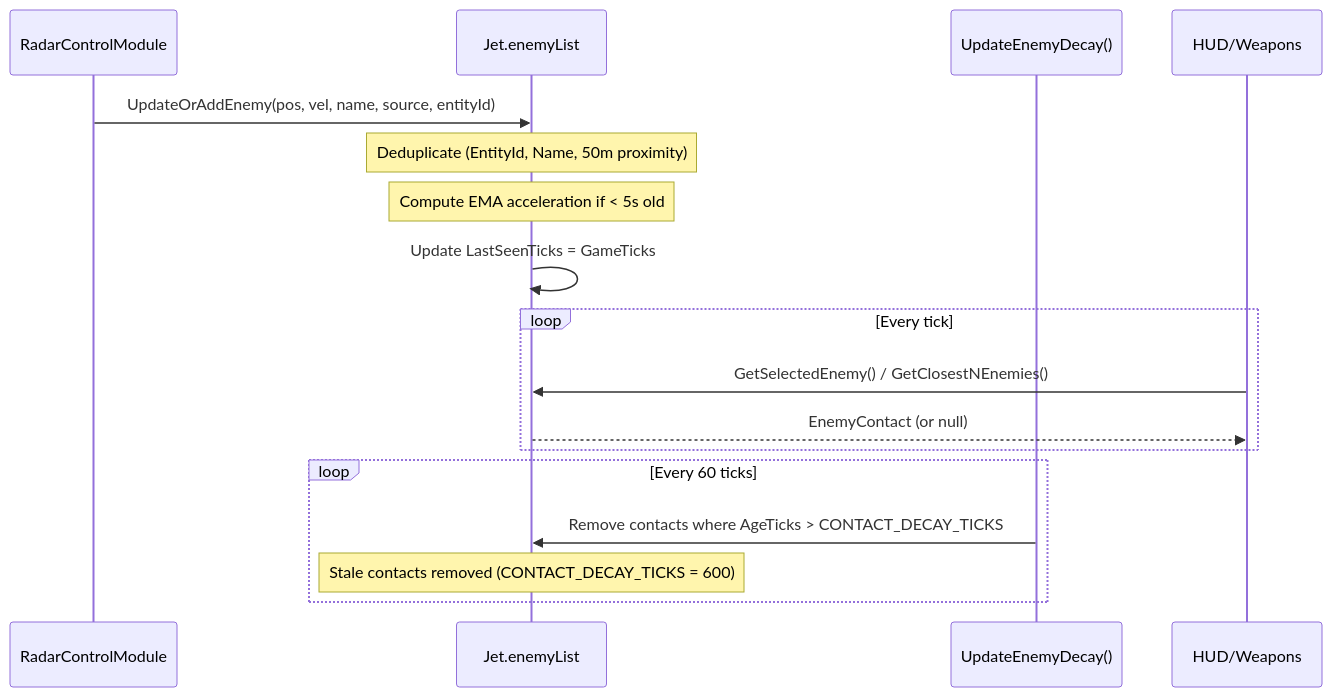
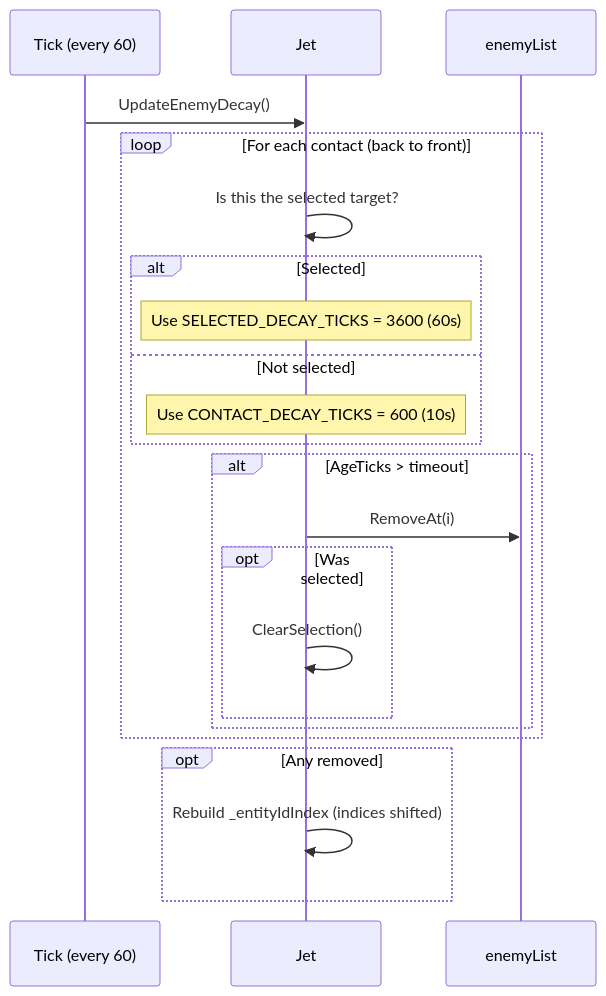
Before and after one commit to Terilia/JetOS: the third of 7 diagrams in docs/target-tracking.md, drawn with Mermaid. The commit also changed other lines of this file and 23 other files, not shown here.

````diff
--- a/docs/target-tracking.md
+++ b/docs/target-tracking.md
@@ -84,22 +128,25 @@
 ```mermaid
 sequenceDiagram
-    participant Sensor as RadarControlModule
-    participant Jet as Jet.enemyList
-    participant Decay as UpdateEnemyDecay()
-    participant Consumer as HUD/Weapons
+    participant T as Tick (every 60)
+    participant J as Jet
+    participant L as enemyList
 
-    Sensor->>Jet: UpdateOrAddEnemy(pos, vel, name, source, entityId)
-    Note over Jet: Deduplicate (EntityId, Name, 50m proximity)
-    Note over Jet: Compute EMA acceleration if < 5s old
-    Jet->>Jet: Update LastSeenTicks = GameTicks
-
-    loop Every tick
-        Consumer->>Jet: GetSelectedEnemy() / GetClosestNEnemies()
-        Jet-->>Consumer: EnemyContact (or null)
+    T->>J: UpdateEnemyDecay()
+    loop For each contact (back to front)
+        J->>J: Is this the selected target?
+        alt Selected
+            Note over J: Use SELECTED_DECAY_TICKS = 3600 (60s)
+        else Not selected
+            Note over J: Use CONTACT_DECAY_TICKS = 600 (10s)
+        end
+        alt AgeTicks > timeout
+            J->>L: RemoveAt(i)
+            opt Was selected
+                J->>J: ClearSelection()
+            end
+        end
     end
-
-    loop Every 60 ticks
-        Decay->>Jet: Remove contacts where AgeTicks > CONTACT_DECAY_TICKS
-        Note over Jet: Stale contacts removed (CONTACT_DECAY_TICKS = 600)
+    opt Any removed
+        J->>J: Rebuild _entityIdIndex (indices shifted)
     end
 ```
````
